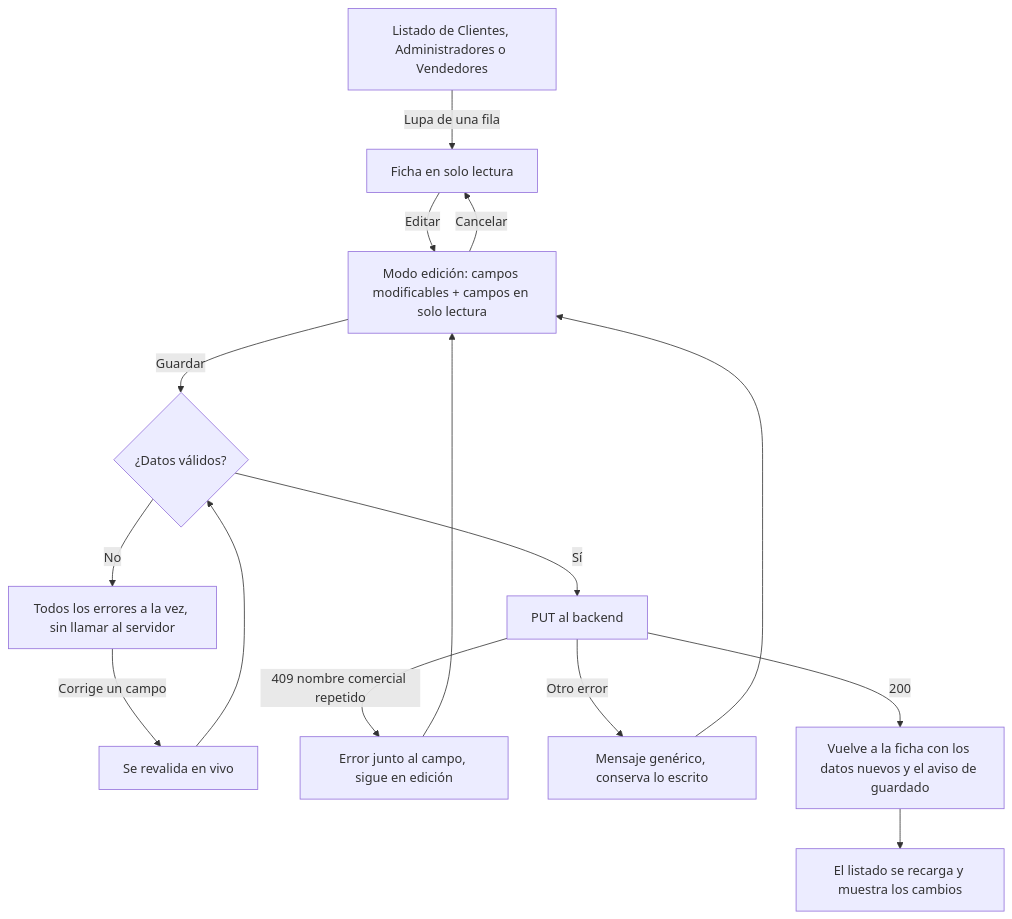
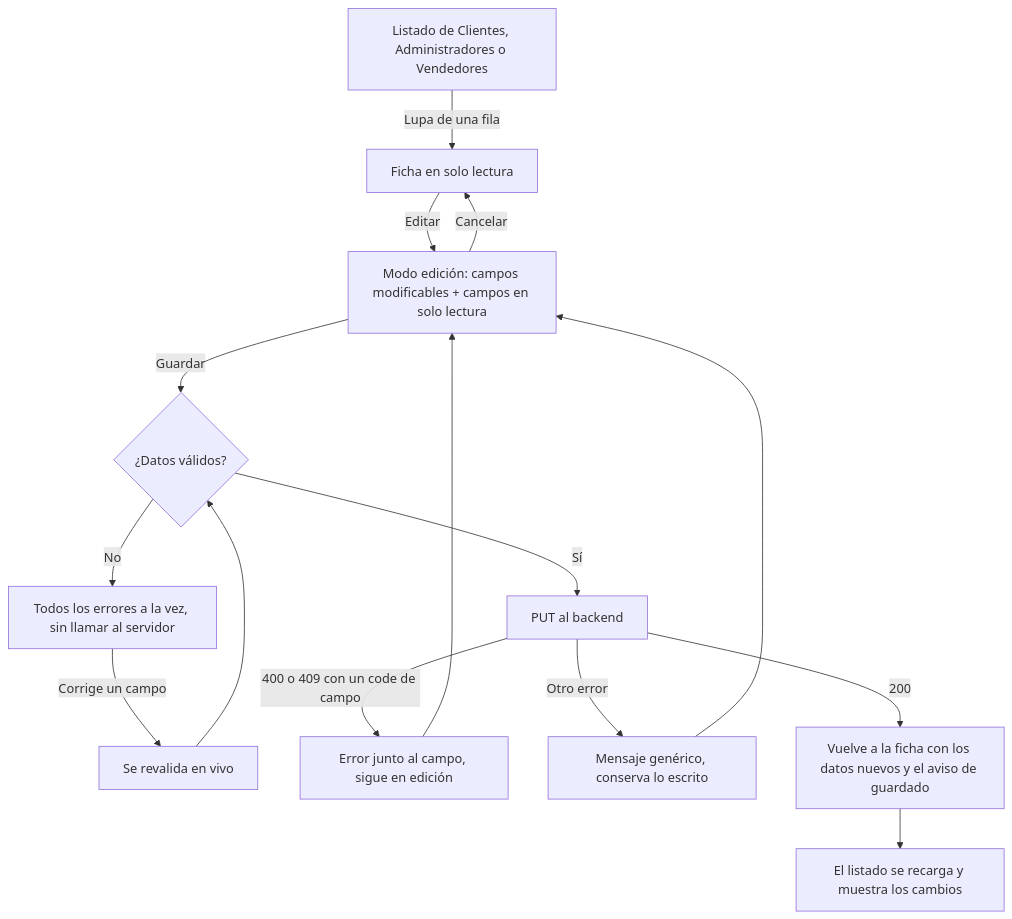
Before and after one commit to ESIBuy-2026-2027/ESIBuy-Mantenimiento: the diagram in frontend/docs/hu22-editar-usuario.md, drawn with Mermaid. The commit also changed other lines of this file and 3 other files, not shown here.

````diff
--- a/frontend/docs/hu22-editar-usuario.md
+++ b/frontend/docs/hu22-editar-usuario.md
@@ -62,17 +62,17 @@
 ```mermaid
 flowchart TD
     A[Listado de Clientes, Administradores o Vendedores] -- Lupa de una fila --> B[Ficha en solo lectura]
     B -- Editar --> C[Modo edición: campos modificables + campos en solo lectura]
     C -- Cancelar --> B
     C -- Guardar --> D{¿Datos válidos?}
     D -- No --> E[Todos los errores a la vez, sin llamar al servidor]
     E -- Corrige un campo --> F[Se revalida en vivo]
     F --> D
     D -- Sí --> G[PUT al backend]
-    G -- 409 nombre comercial repetido --> H[Error junto al campo, sigue en edición]
+    G -- 400 o 409 con un code de campo --> H[Error junto al campo, sigue en edición]
     G -- Otro error --> I[Mensaje genérico, conserva lo escrito]
     H --> C
     I --> C
     G -- 200 --> K[Vuelve a la ficha con los datos nuevos y el aviso de guardado]
     K --> N[El listado se recarga y muestra los cambios]
 ```
````
